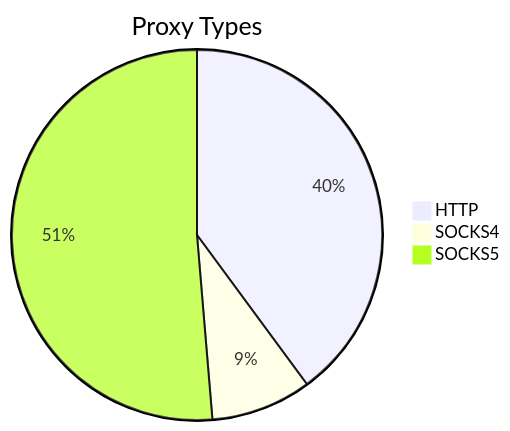
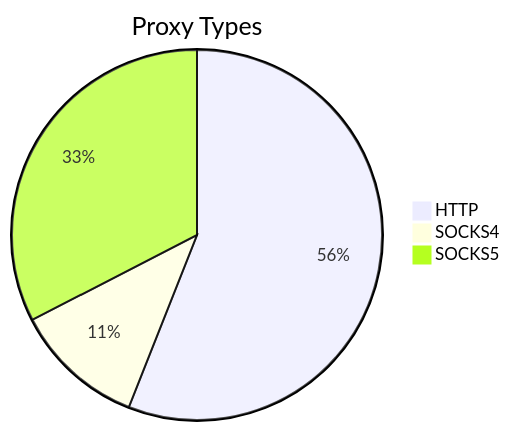
One commit to stormsia/proxy-list changed the first of 2 diagrams in README.md. Above: the diagram before and after it, drawn with Mermaid. The commit also changed other lines of this file, not shown here.

````diff
--- a/README.md
+++ b/README.md
@@ -21,6 +21,6 @@
 ```mermaid
 pie title Proxy Types
-    "HTTP" : 150
-    "SOCKS4" : 33
-    "SOCKS5" : 193
+    "HTTP" : 98
+    "SOCKS4" : 20
+    "SOCKS5" : 57
 ```
````
